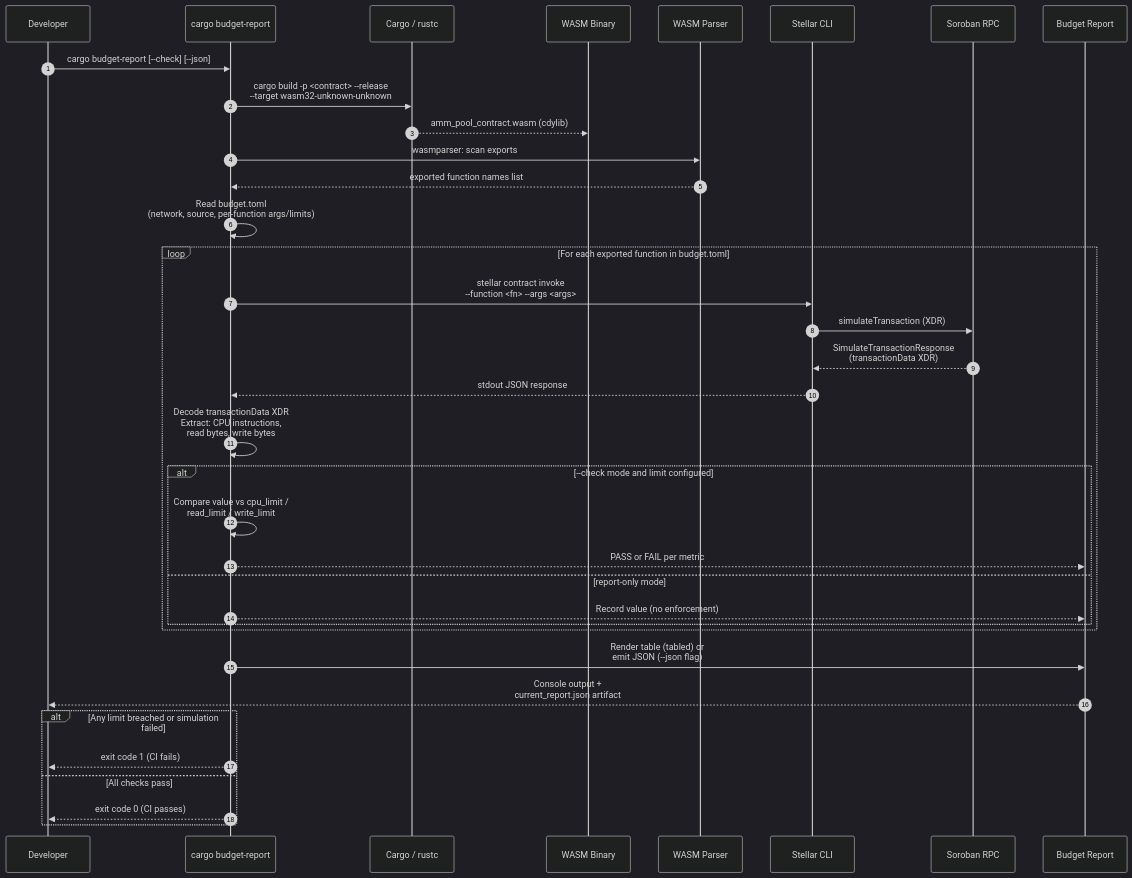
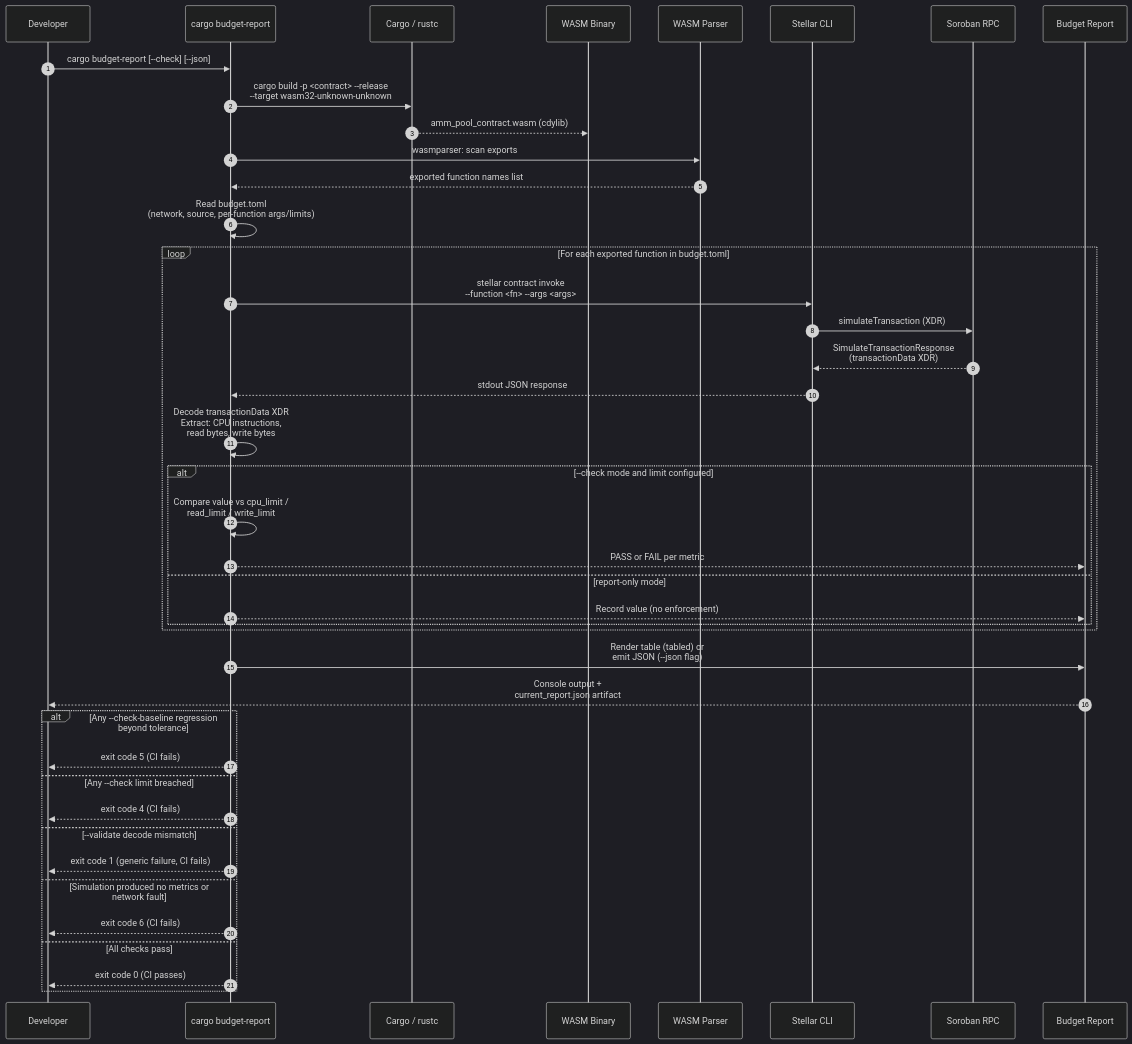
The diagram in docs/src/mechanics.md (Tollcraft/soroban-budget-assert), drawn with Mermaid (dark theme) before and after one commit.

Commit message:
docs: fix Protocol Mechanics diagram to return real exit codes 4/6/5/0 instead of exit code 1 for budget breaches
Generated with Codebuff 🤖

````diff
--- a/docs/src/mechanics.md
+++ b/docs/src/mechanics.md
@@ -89,46 +89,52 @@
 ```mermaid
 sequenceDiagram
     autonumber
     participant Dev as Developer
     participant CLI as cargo budget-report
     participant Cargo as Cargo / rustc
     participant WASM as WASM Binary
     participant Parser as WASM Parser
     participant Stellar as Stellar CLI
     participant RPC as Soroban RPC
     participant Report as Budget Report
 
     Dev->>CLI: cargo budget-report [--check] [--json]
     CLI->>Cargo: cargo build -p <contract> --release<br/>--target wasm32-unknown-unknown
     Cargo-->>WASM: amm_pool_contract.wasm (cdylib)
 
     CLI->>Parser: wasmparser: scan exports
     Parser-->>CLI: exported function names list
 
     CLI->>CLI: Read budget.toml<br/>(network, source, per-function args/limits)
 
     loop For each exported function in budget.toml
         CLI->>Stellar: stellar contract invoke<br/>--function <fn> --args <args>
         Stellar->>RPC: simulateTransaction (XDR)
         RPC-->>Stellar: SimulateTransactionResponse<br/>(transactionData XDR)
         Stellar-->>CLI: stdout JSON response
 
         CLI->>CLI: Decode transactionData XDR<br/>Extract: CPU instructions,<br/>read bytes, write bytes
 
         alt --check mode and limit configured
             CLI->>CLI: Compare value vs cpu_limit /<br/>read_limit / write_limit
             CLI-->>Report: PASS or FAIL per metric
         else report-only mode
             CLI-->>Report: Record value (no enforcement)
         end
     end
 
     CLI->>Report: Render table (tabled) or<br/>emit JSON (--json flag)
     Report-->>Dev: Console output +<br/>current_report.json artifact
 
-    alt Any limit breached or simulation failed
-        CLI-->>Dev: exit code 1 (CI fails)
+    alt Any --check-baseline regression beyond tolerance
+        CLI-->>Dev: exit code 5 (CI fails)
+    else Any --check limit breached
+        CLI-->>Dev: exit code 4 (CI fails)
+    else --validate decode mismatch
+        CLI-->>Dev: exit code 1 (generic failure, CI fails)
+    else Simulation produced no metrics or network fault
+        CLI-->>Dev: exit code 6 (CI fails)
     else All checks pass
         CLI-->>Dev: exit code 0 (CI passes)
     end
 ```
````
